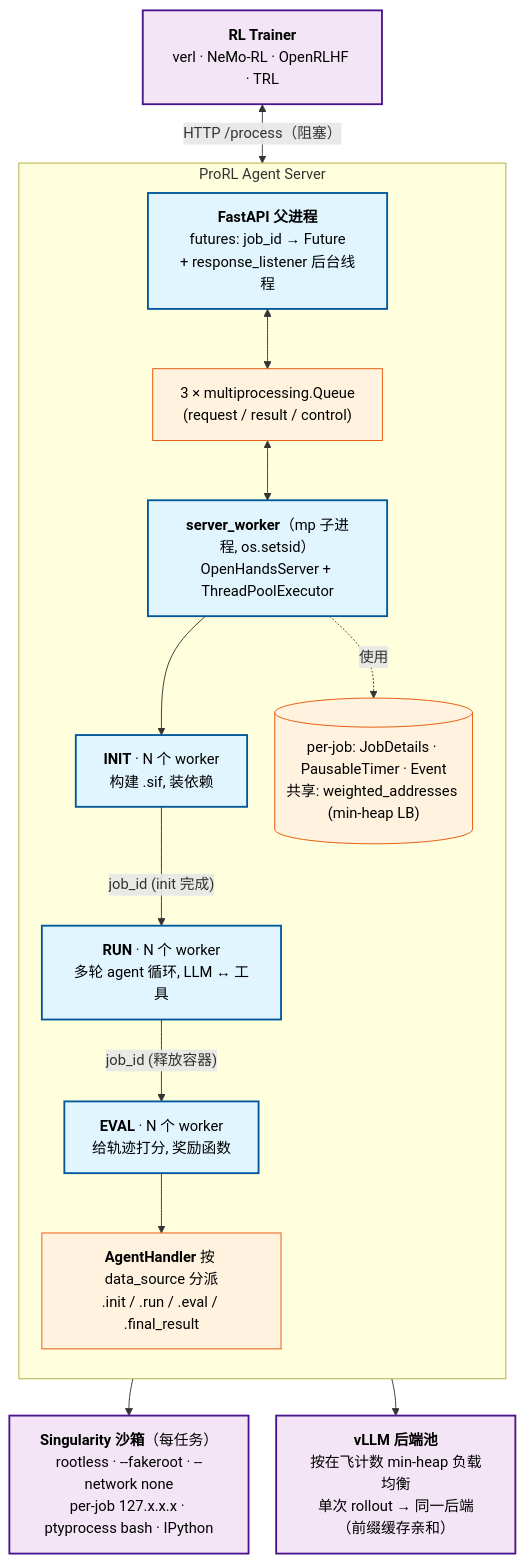
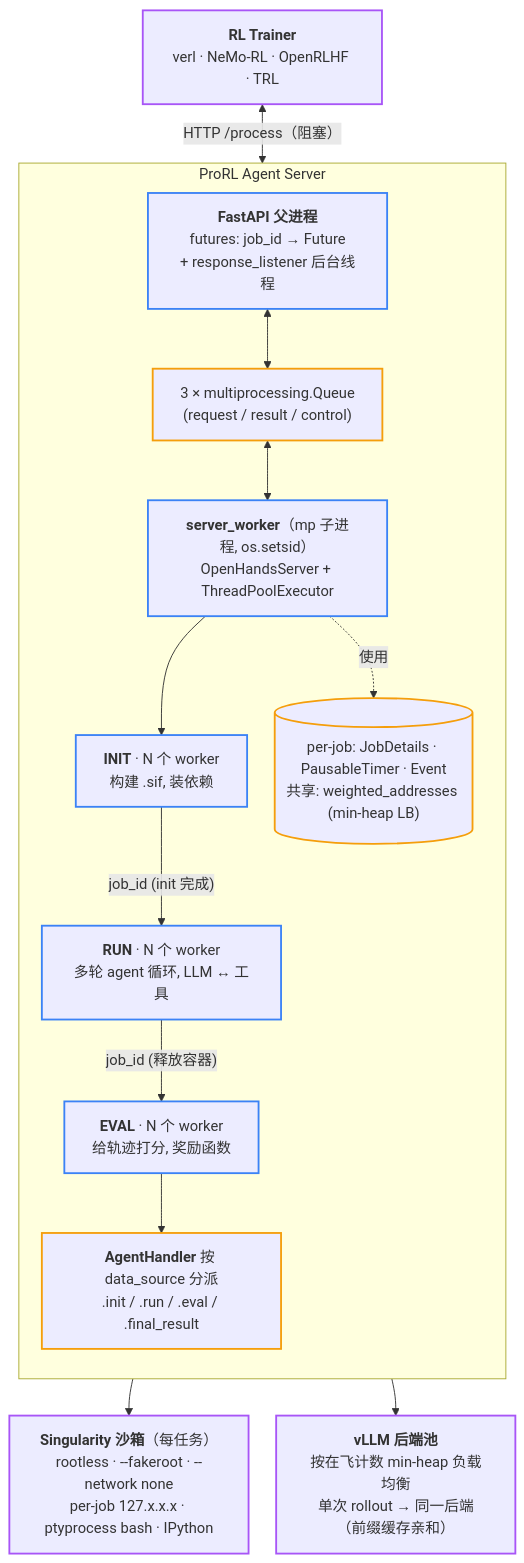
Before and after one commit to shikicloud/MLSys: the diagram in CN/wiki/agentic-rl/prorl-agent.md, drawn with Mermaid. The commit also changed 1 other file, not shown here.

Commit message:
Fix prorl-agent Mermaid: remove hardcoded fill/text colors
The Mermaid diagram in prorl-agent had hardcoded classDef rules:
  fill:#f3e5f5, fill:#e1f5ff, fill:#fff3e0 (light pastels)
  color:#000 (black text)

These overrode Quartz's themed mermaid.initialize and forced the
diagram to render in light mode regardless of page mode.

Fix: drop fill and color from classDef. Keep only stroke and
stroke-width to preserve the three-color semantic distinction
(external / service / state). Stroke colors changed to brighter
hex values (purple-500, blue-500, amber-500) that pop on both
light and dark backgrounds.

Result: box fill and text follow Quartz's theme (dark in dark mode,
light in light mode), borders carry the semantic color.

````diff
--- a/CN/wiki/agentic-rl/prorl-agent.md
+++ b/CN/wiki/agentic-rl/prorl-agent.md
@@ -83,36 +83,36 @@
 ```mermaid
 %%{init: {"flowchart": {"nodeSpacing": 30, "rankSpacing": 40}}}%%
 flowchart TB
-    classDef ext fill:#f3e5f5,stroke:#4a148c,stroke-width:2px,color:#000
-    classDef svc fill:#e1f5ff,stroke:#01579b,stroke-width:2px,color:#000
-    classDef state fill:#fff3e0,stroke:#e65100,stroke-width:1px,color:#000
+    classDef ext stroke:#a855f7,stroke-width:2px
+    classDef svc stroke:#3b82f6,stroke-width:2px
+    classDef state stroke:#f59e0b,stroke-width:2px
 
     Trainer["<b>RL Trainer</b><br/>verl · NeMo-RL · OpenRLHF · TRL"]:::ext
 
     subgraph Server["ProRL Agent Server"]
         direction TB
         FastAPI["<b>FastAPI 父进程</b><br/>futures: job_id → Future<br/>+ response_listener 后台线程"]:::svc
         MQ["3 × multiprocessing.Queue<br/>(request / result / control)"]:::state
         Worker["<b>server_worker</b>（mp 子进程, os.setsid）<br/>OpenHandsServer + ThreadPoolExecutor"]:::svc
         INIT["<b>INIT</b> · N 个 worker<br/>构建 .sif, 装依赖"]:::svc
         RUN["<b>RUN</b> · N 个 worker<br/>多轮 agent 循环, LLM ↔ 工具"]:::svc
         EVAL["<b>EVAL</b> · N 个 worker<br/>给轨迹打分, 奖励函数"]:::svc
         AHandler["<b>AgentHandler</b> 按 data_source 分派<br/>.init / .run / .eval / .final_result"]:::state
         State[("per-job: JobDetails · PausableTimer · Event<br/>共享: weighted_addresses (min-heap LB)")]:::state
 
         FastAPI <--> MQ
         MQ <--> Worker
         Worker --> INIT
         INIT -->|"job_id (init 完成)"| RUN
         RUN -->|"job_id (释放容器)"| EVAL
         EVAL --> AHandler
         Worker -.使用.-> State
     end
 
     Sandbox["<b>Singularity 沙箱</b>（每任务）<br/>rootless · --fakeroot · --network none<br/>per-job 127.x.x.x · ptyprocess bash · IPython"]:::ext
     vLLM["<b>vLLM 后端池</b><br/>按在飞计数 min-heap 负载均衡<br/>单次 rollout → 同一后端（前缀缓存亲和）"]:::ext
 
     Trainer <-->|"HTTP /process（阻塞）"| Server
     Worker --> Sandbox
     Worker --> vLLM
 ```
````
